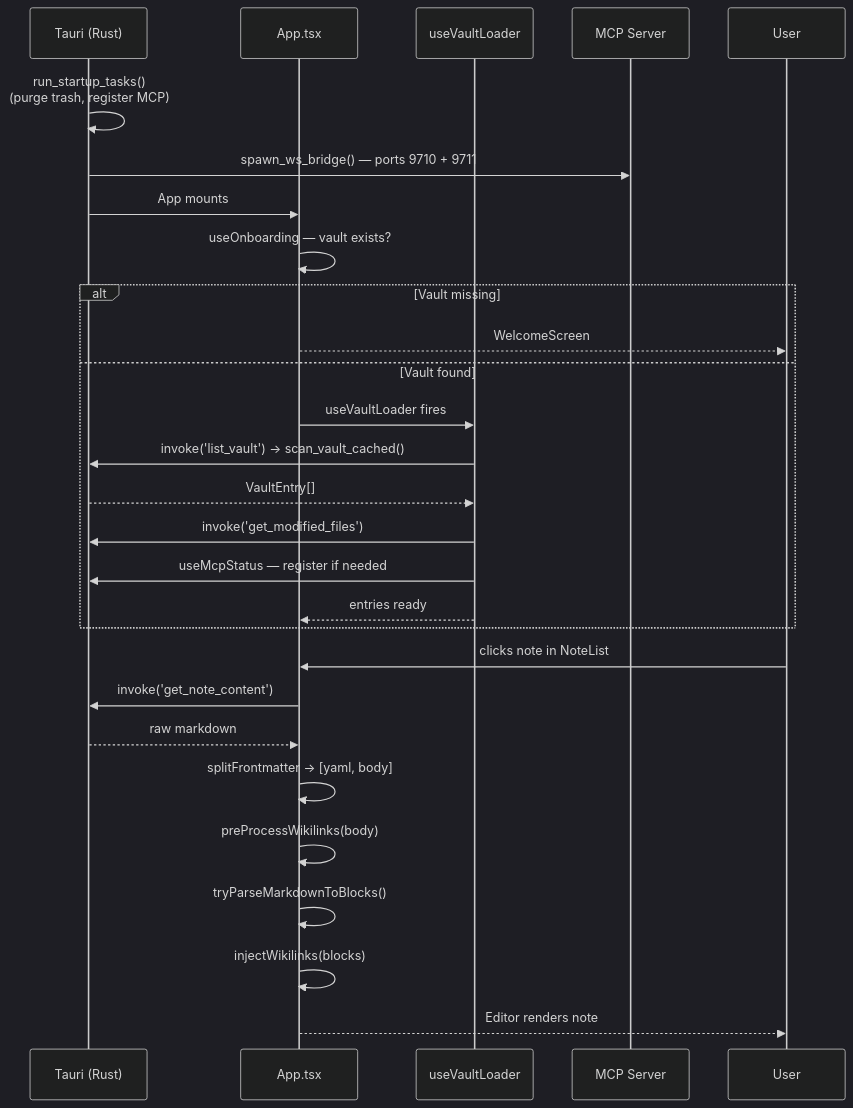
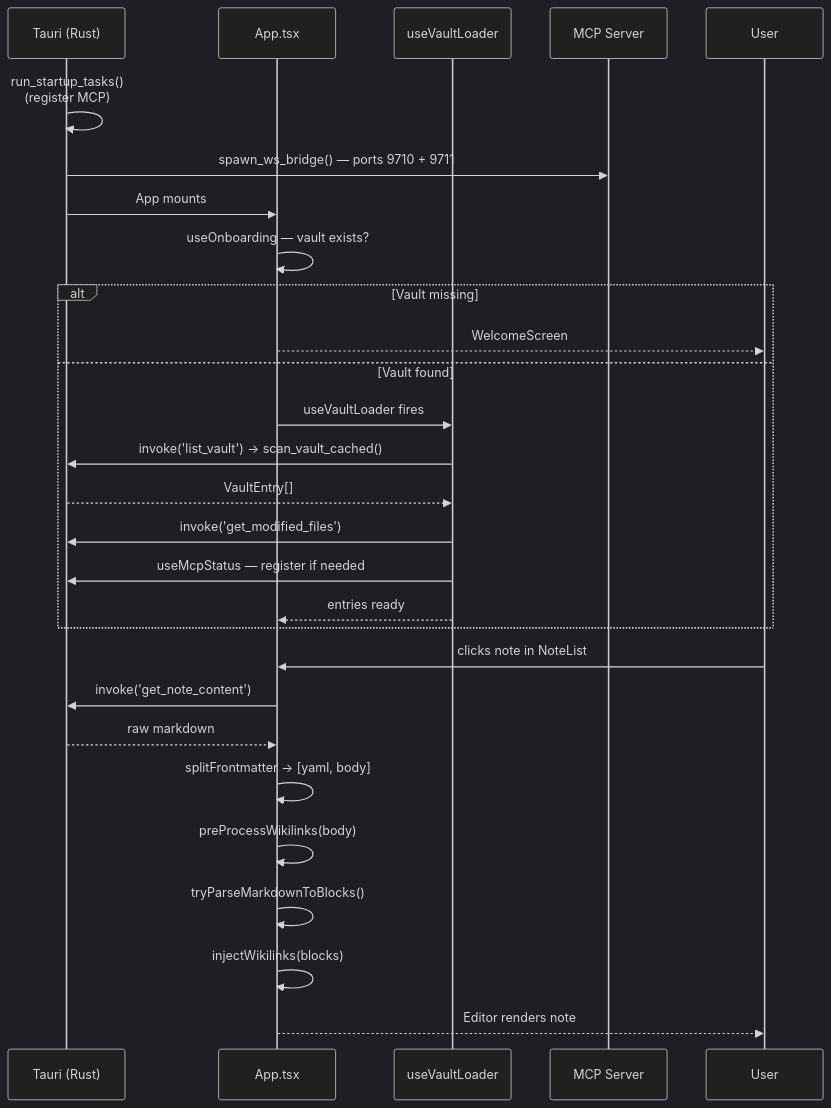
One commit to aimeritething/Fuwa changed the seventh of 10 diagrams in docs/ARCHITECTURE.md. Above: the diagram before and after it, drawn with Mermaid (dark theme). The commit also changed other lines of this file and 122 other files, not shown here.

````diff
--- a/docs/ARCHITECTURE.md
+++ b/docs/ARCHITECTURE.md
@@ -461,33 +461,33 @@
 ```mermaid
 sequenceDiagram
     participant T as Tauri (Rust)
     participant A as App.tsx
     participant VL as useVaultLoader
     participant MCP as MCP Server
     participant U as User
 
-    T->>T: run_startup_tasks()<br/>(purge trash, register MCP)
+    T->>T: run_startup_tasks()<br/>(register MCP)
     T->>MCP: spawn_ws_bridge() — ports 9710 + 9711
     T->>A: App mounts
 
     A->>A: useOnboarding — vault exists?
     alt Vault missing
         A-->>U: WelcomeScreen
     else Vault found
         A->>VL: useVaultLoader fires
         VL->>T: invoke('list_vault') → scan_vault_cached()
         T-->>VL: VaultEntry[]
         VL->>T: invoke('get_modified_files')
         VL->>T: useMcpStatus — register if needed
         VL-->>A: entries ready
     end
 
     U->>A: clicks note in NoteList
     A->>T: invoke('get_note_content')
     T-->>A: raw markdown
     A->>A: splitFrontmatter → [yaml, body]
     A->>A: preProcessWikilinks(body)
     A->>A: tryParseMarkdownToBlocks()
     A->>A: injectWikilinks(blocks)
     A-->>U: Editor renders note
 ```
````
